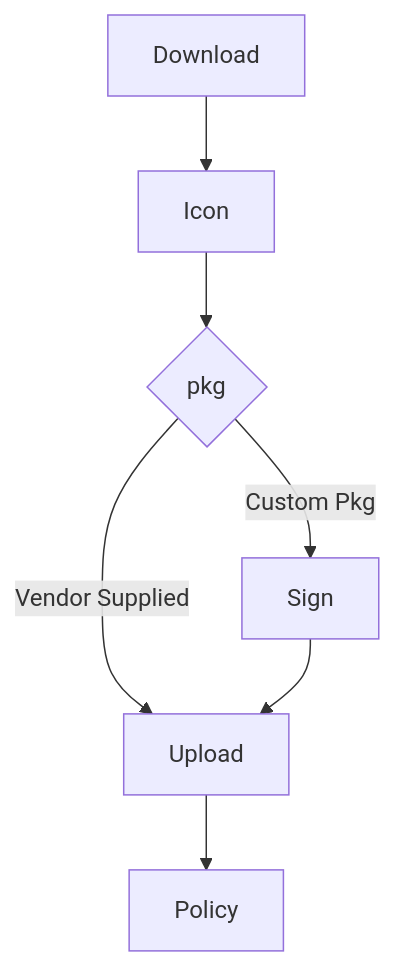
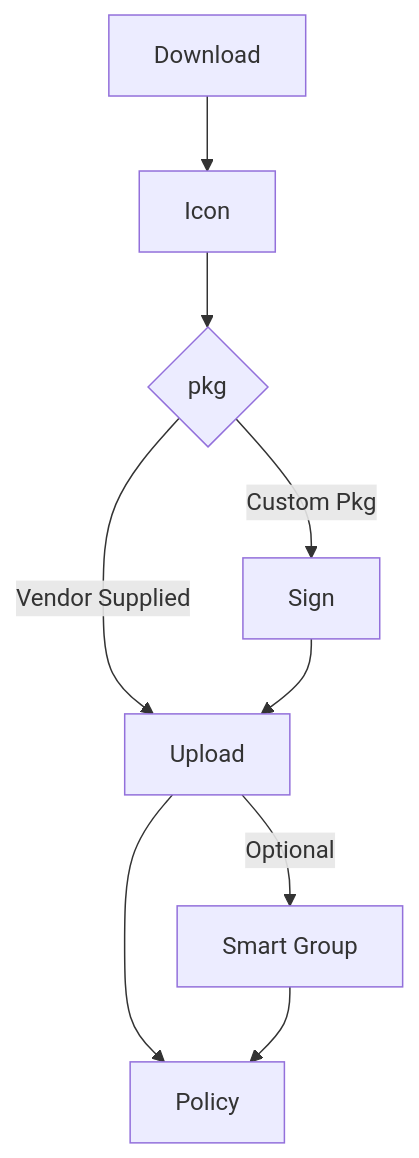
Before and after one commit to franton/franton-recipes: the diagram in README.md, drawn with Mermaid. The commit also changed other lines of this file, not shown here.

````diff
--- a/README.md
+++ b/README.md
@@ -29,9 +29,12 @@
 ```mermaid
 graph TD
   A[Download] --> B[Icon]  
   B[Icon] --> C{pkg}
-  C -->|Vendor Supplied| E[finish]
+  C -->|Vendor Supplied| E[Upload]
   C -->|Custom Pkg| D[Sign]
-  D[Sign] --> E{Upload}
-  E[Upload] --> F[Policy]
+  D[Sign] --> E[Upload]
+  E -->| | G[Policy]
+  E -->|Optional| F[Smart Group]
+  F[Smart Group] --> G[Policy]
+  G[Policy]
 ```
````
